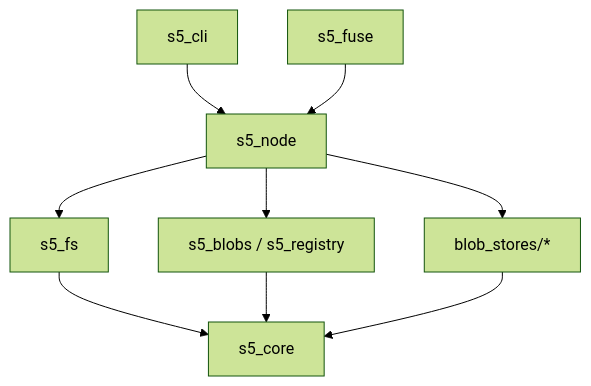
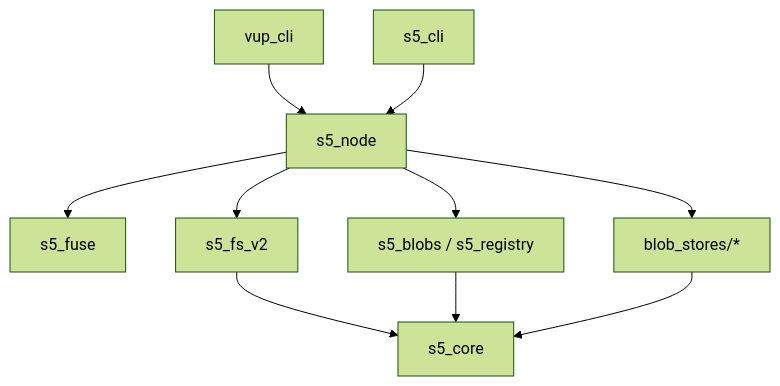
Before and after one commit to s5-dev/s5-rs: the diagram in README.md, drawn with Mermaid (forest theme). The commit also changed other lines of this file, not shown here.

First line of the commit message:
docs(readme): make vup_cli the primary CLI in quickstart + package map

````diff
--- a/README.md
+++ b/README.md
@@ -38,11 +38,12 @@
 ```mermaid
 graph TD
-    CLI[s5_cli] --> Node[s5_node]
-    Fuse[s5_fuse] --> Node
-    Node --> FS[s5_fs]
+    Vup[vup_cli] --> Node[s5_node]
+    LegacyCLI[s5_cli] --> Node
+    Node --> Fuse[s5_fuse]
+    Node --> FS[s5_fs_v2]
     Node --> Net[s5_blobs / s5_registry]
     FS --> Core[s5_core]
     Net --> Core
     Node --> Stores[blob_stores/*]
     Stores --> Core
 ```
````
